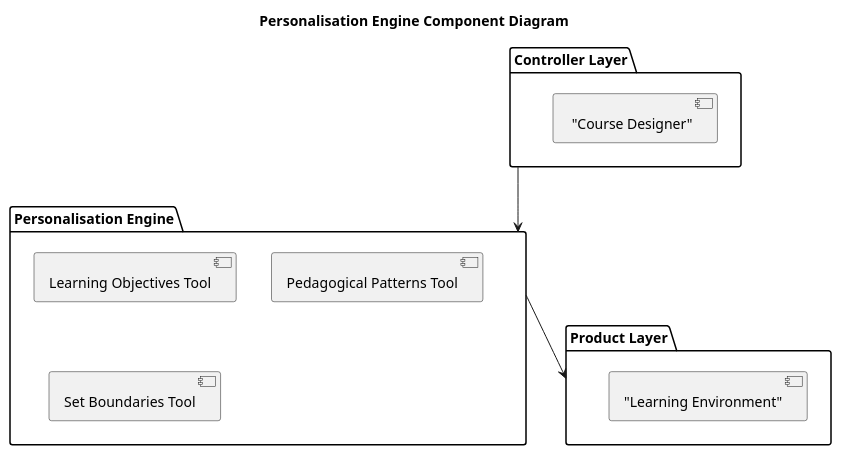
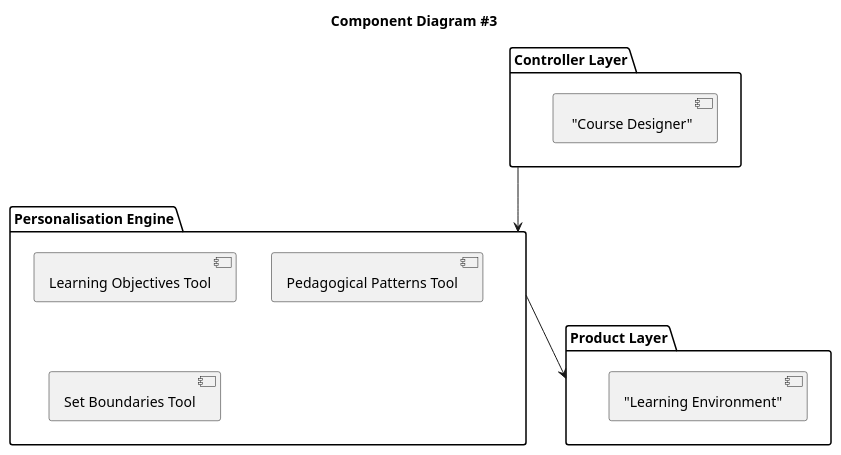
Before and after one commit to ech08ravo/2019C: the diagram in Components.md, drawn with PlantUML. The commit also changed other lines of this file, not shown here.

```diff
--- a/Components.md
+++ b/Components.md
@@ -117,19 +117,19 @@
 @startuml
-title Personalisation Engine Component Diagram
+Title Component Diagram #3
 package "Personalisation Engine" as PE {
 [Learning Objectives Tool] as LOT
 [Pedagogical Patterns Tool] as PPT
 [Set Boundaries Tool] as SBT
 }
 
 package "Product Layer" as PL {
 ["Learning Environment"] as LE 
 }
 
 package "Controller Layer" as CL {
 [ "Course Designer"] as CD
 }
 
 CL -down-> PE
 PE -down-> PL
 @enduml
```
